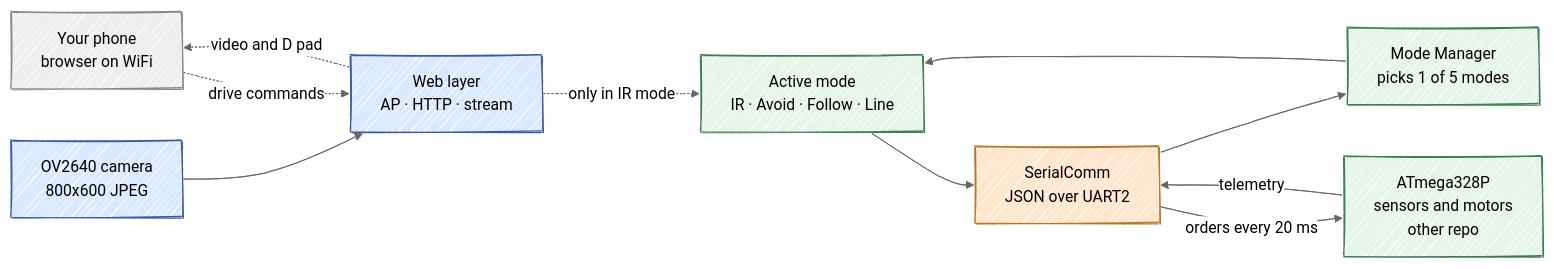
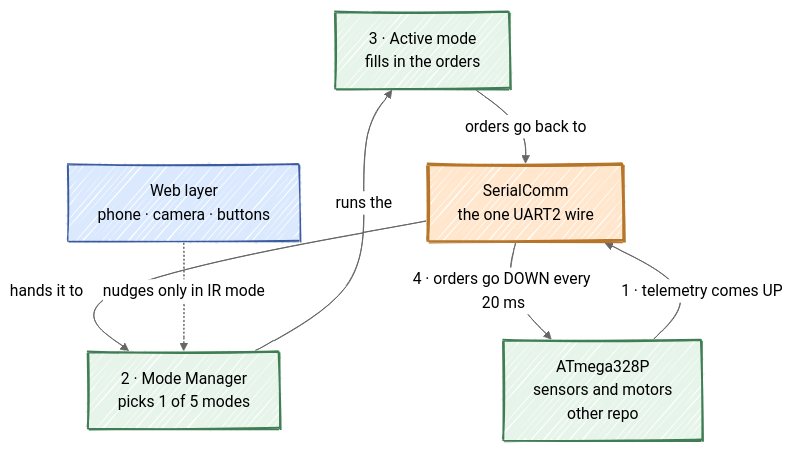
Before and after one commit to Adc-alt/elegoo-smartcar-firmware-esp32-s3: the diagram in README.md, drawn with Mermaid.

Commit message:
docs: redraw the read-decide-write loop as a clearer vertical up/down cycle

````diff
--- a/README.md
+++ b/README.md
@@ -129,33 +129,26 @@
 ```mermaid
 ---
 config:
   look: handDrawn
   theme: neutral
 ---
-flowchart LR
-    PHONE["Your phone<br/>browser on WiFi"]
-    CAM["OV2640 camera<br/>800x600 JPEG"]
-    WEB["Web layer<br/>AP · HTTP · stream"]
-    BRAIN["Mode Manager<br/>picks 1 of 5 modes"]
-    MODES["Active mode<br/>IR · Avoid · Follow · Line"]
-    SER["SerialComm<br/>JSON over UART2"]
+flowchart TB
+    MODES["3 · Active mode<br/>fills in the orders"]
+    BRAIN["2 · Mode Manager<br/>picks 1 of 5 modes"]
+    SER["SerialComm<br/>the one UART2 wire"]
     ATM["ATmega328P<br/>sensors and motors<br/>other repo"]
+    WEB["Web layer<br/>phone · camera · buttons"]
 
-    CAM --> WEB
-    PHONE -.->|"drive commands"| WEB
-    WEB -.->|"video and D pad"| PHONE
-    ATM -->|"telemetry"| SER
-    SER --> BRAIN
-    BRAIN --> MODES
-    MODES --> SER
-    SER -->|"orders every 20 ms"| ATM
-    WEB -.->|"only in IR mode"| MODES
+    ATM -->|"1 · telemetry comes UP"| SER
+    SER -->|"hands it to"| BRAIN
+    BRAIN -->|"runs the"| MODES
+    MODES -->|"orders go back to"| SER
+    SER -->|"4 · orders go DOWN every 20 ms"| ATM
+    WEB -.->|"nudges only in IR mode"| BRAIN
 
-    style PHONE fill:#eeeeee,stroke:#888888
-    style CAM fill:#dbe9ff,stroke:#3b5b9e
+    style ATM fill:#e6f4ea,stroke:#3f7d54,stroke-width:2px
+    style SER fill:#ffe6cc,stroke:#b5762c,stroke-width:3px
+    style BRAIN fill:#e6f4ea,stroke:#3f7d54,stroke-width:2px
+    style MODES fill:#e6f4ea,stroke:#3f7d54,stroke-width:2px
     style WEB fill:#dbe9ff,stroke:#3b5b9e
-    style BRAIN fill:#e6f4ea,stroke:#3f7d54
-    style MODES fill:#e6f4ea,stroke:#3f7d54
-    style SER fill:#ffe6cc,stroke:#b5762c
-    style ATM fill:#e6f4ea,stroke:#3f7d54
 ```
````
